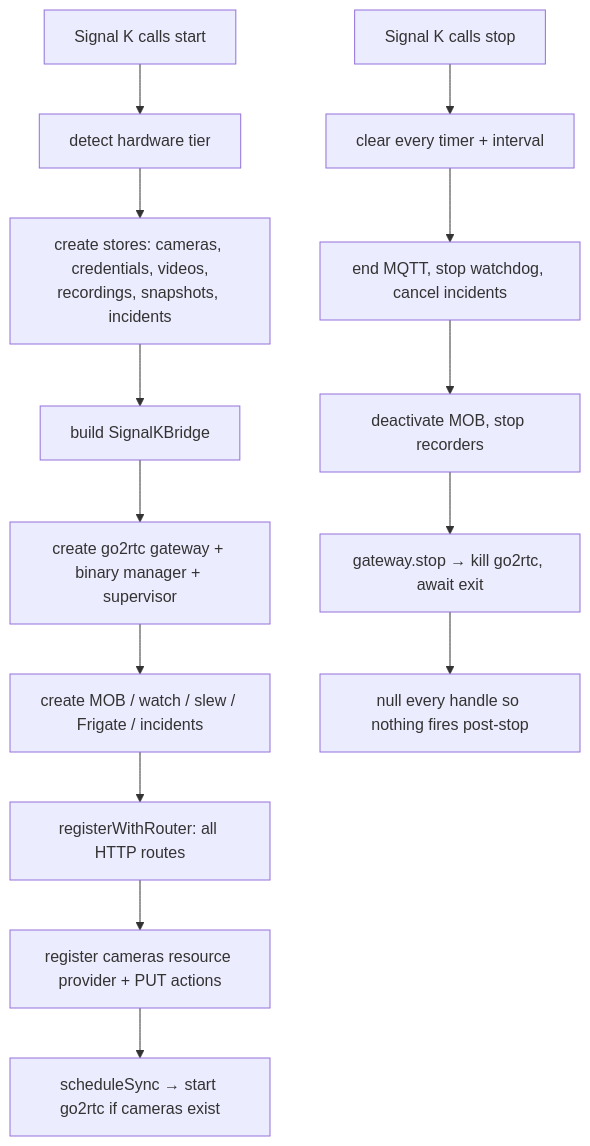
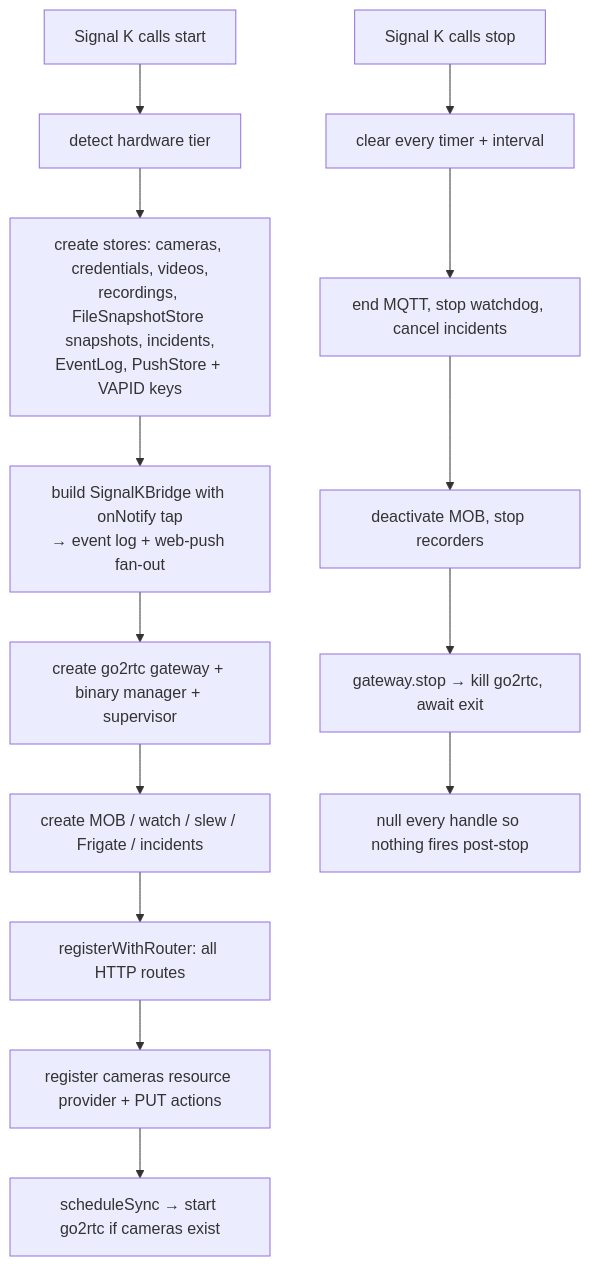
Before and after one commit to dillan/sk-video: the second of 2 diagrams in docs/developers/architecture.md, drawn with Mermaid. The commit also changed other lines of this file and 19 other files, not shown here.

````diff
--- a/docs/developers/architecture.md
+++ b/docs/developers/architecture.md
@@ -110,17 +131,17 @@
 ```mermaid
 flowchart TD
     A[Signal K calls start] --> B[detect hardware tier]
-    B --> C[create stores: cameras, credentials, videos,<br/>recordings, snapshots, incidents]
-    C --> D[build SignalKBridge]
+    B --> C[create stores: cameras, credentials, videos,<br/>recordings, FileSnapshotStore snapshots, incidents,<br/>EventLog, PushStore + VAPID keys]
+    C --> D[build SignalKBridge with onNotify tap<br/>→ event log + web-push fan-out]
     D --> E[create go2rtc gateway + binary manager + supervisor]
     E --> F[create MOB / watch / slew / Frigate / incidents]
     F --> G[registerWithRouter: all HTTP routes]
     G --> H[register cameras resource provider + PUT actions]
     H --> I[scheduleSync → start go2rtc if cameras exist]
 
     Z[Signal K calls stop] --> Y[clear every timer + interval]
     Y --> X[end MQTT, stop watchdog, cancel incidents]
     X --> W[deactivate MOB, stop recorders]
     W --> V[gateway.stop → kill go2rtc, await exit]
     V --> U[null every handle so nothing fires post-stop]
 ```
````
